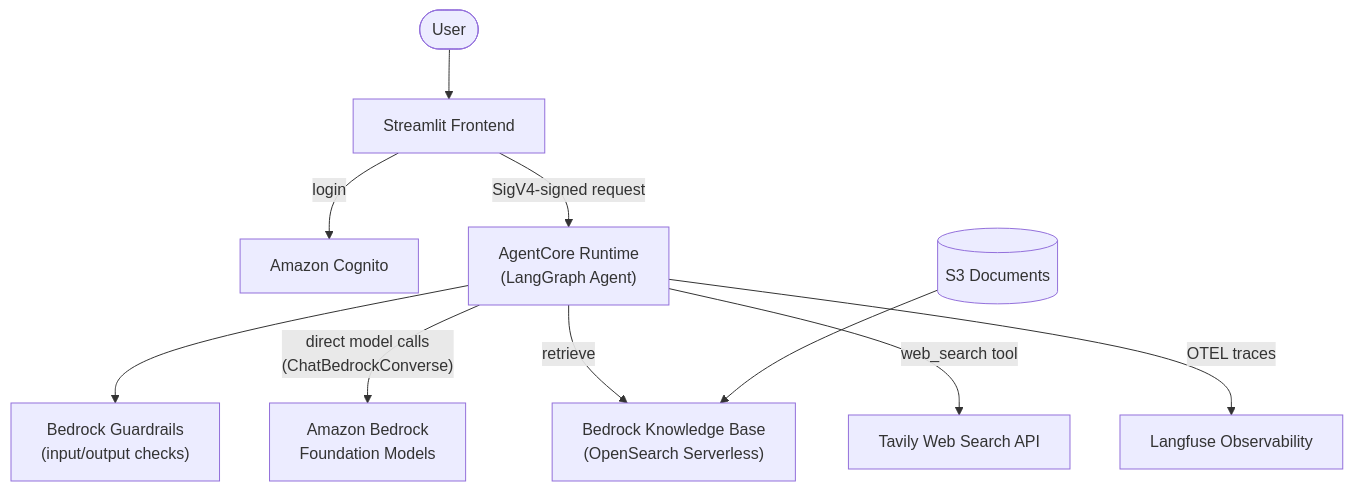
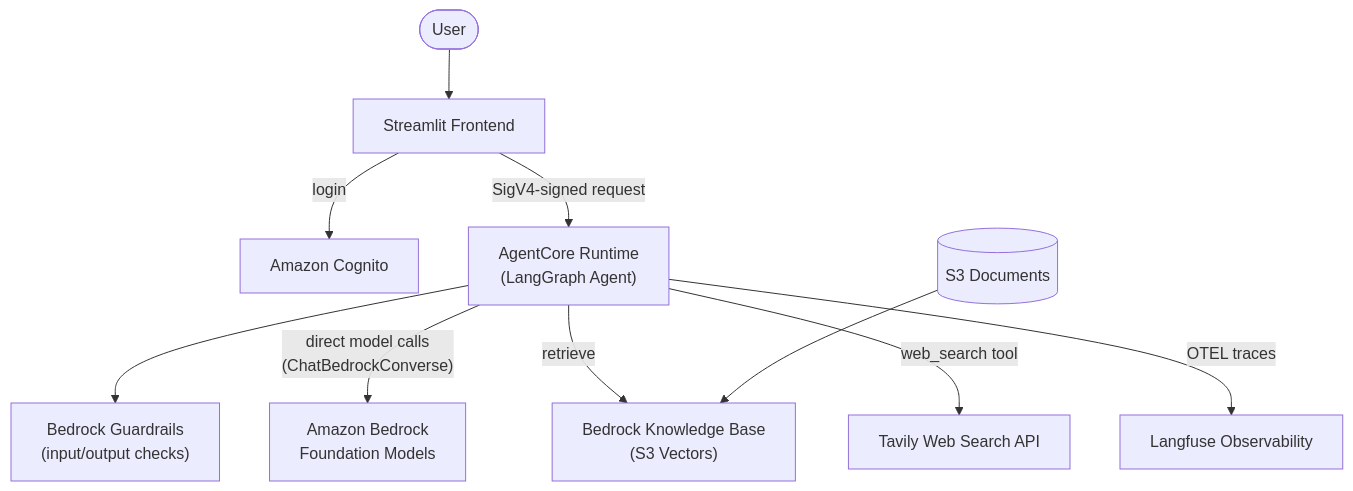
One commit to sheela-padhy/agentcore-cx-agent changed the first of 2 diagrams in README.md. Above: the diagram before and after it, drawn with Mermaid. The commit also changed other lines of this file, not shown here.

````diff
--- a/README.md
+++ b/README.md
@@ -31,12 +56,12 @@
 ```mermaid
 flowchart TB
     User([User]) --> Streamlit[Streamlit Frontend]
     Streamlit -- "login" --> Cognito[Amazon Cognito]
     Streamlit -- "SigV4-signed request" --> Runtime["AgentCore Runtime\n(LangGraph Agent)"]
     Runtime --> Guardrails["Bedrock Guardrails\n(input/output checks)"]
     Runtime -- "direct model calls\n(ChatBedrockConverse)" --> Bedrock["Amazon Bedrock\nFoundation Models"]
-    Runtime -- "retrieve" --> KB["Bedrock Knowledge Base\n(OpenSearch Serverless)"]
+    Runtime -- "retrieve" --> KB["Bedrock Knowledge Base\n(S3 Vectors)"]
     S3[("S3 Documents")] --> KB
     Runtime -- "web_search tool" --> Tavily["Tavily Web Search API"]
     Runtime -- "OTEL traces" --> Langfuse["Langfuse Observability"]
 ```
````
